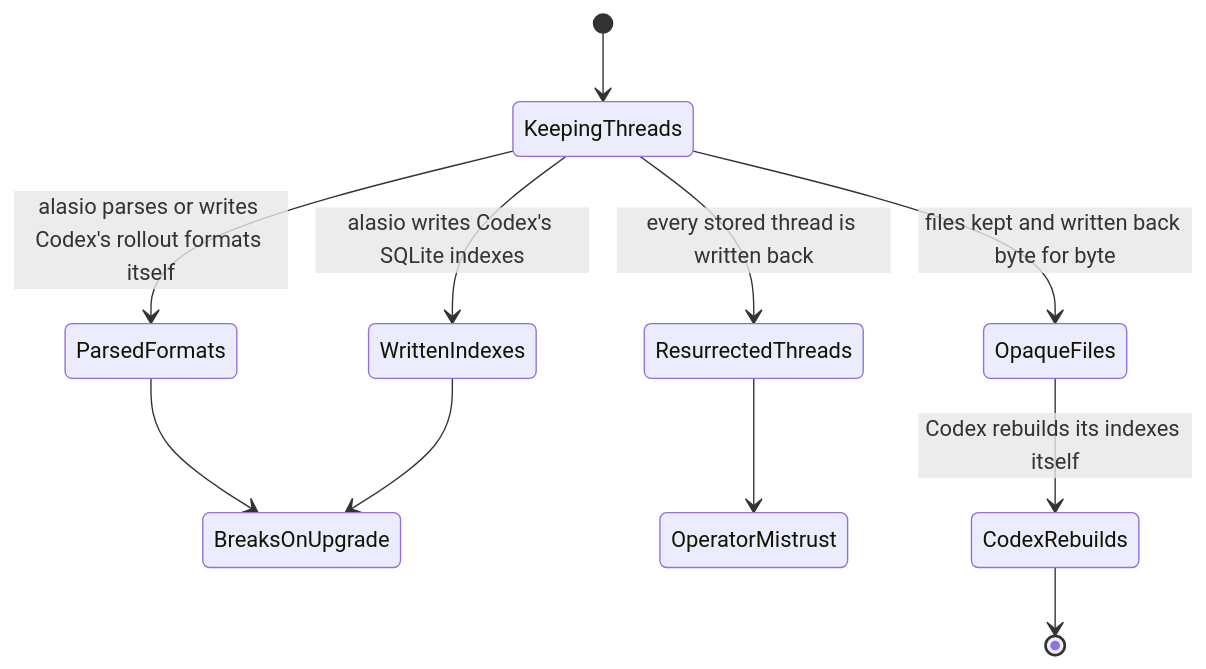
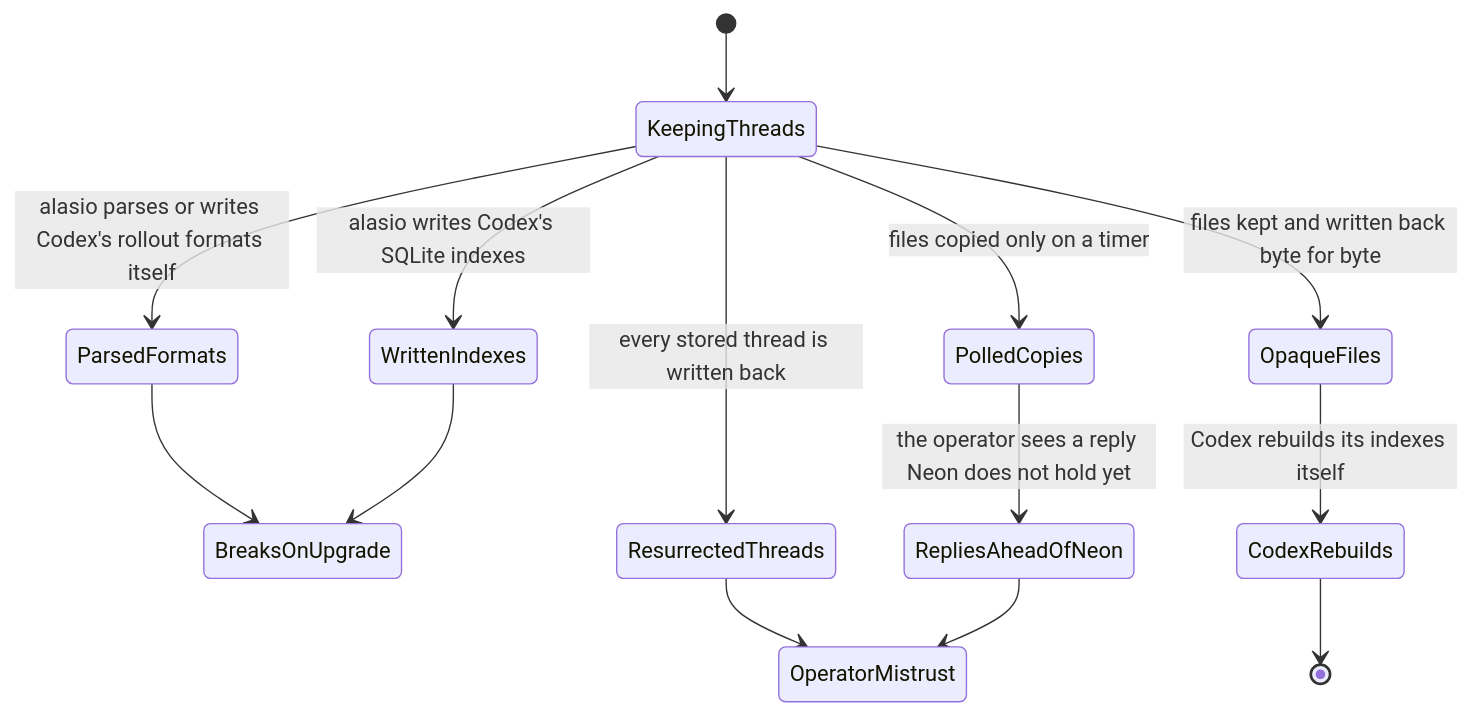
The third of 3 diagrams in src/codex/rollouts/README.md (eaucoin/alasio), drawn with Mermaid before and after one commit. The commit also changed other lines of this file and 16 other files, not shown here.

First line of the commit message:
Mirror Codex's rollouts as they are written, and reply only once they are kept

````diff
--- a/src/codex/rollouts/README.md
+++ b/src/codex/rollouts/README.md
@@ -52,13 +61,16 @@
 ```mermaid
 stateDiagram-v2
   [*] --> KeepingThreads
   KeepingThreads --> ParsedFormats: alasio parses or writes Codex's rollout formats itself
   ParsedFormats --> BreaksOnUpgrade
   KeepingThreads --> WrittenIndexes: alasio writes Codex's SQLite indexes
   WrittenIndexes --> BreaksOnUpgrade
   KeepingThreads --> ResurrectedThreads: every stored thread is written back
   ResurrectedThreads --> OperatorMistrust
+  KeepingThreads --> PolledCopies: files copied only on a timer
+  PolledCopies --> RepliesAheadOfNeon: the operator sees a reply Neon does not hold yet
+  RepliesAheadOfNeon --> OperatorMistrust
   KeepingThreads --> OpaqueFiles: files kept and written back byte for byte
   OpaqueFiles --> CodexRebuilds: Codex rebuilds its indexes itself
   CodexRebuilds --> [*]
 ```
````
